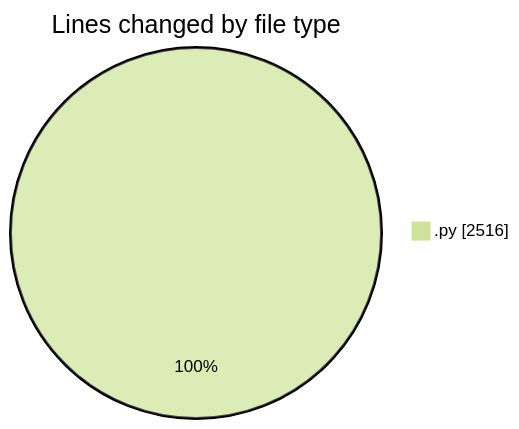
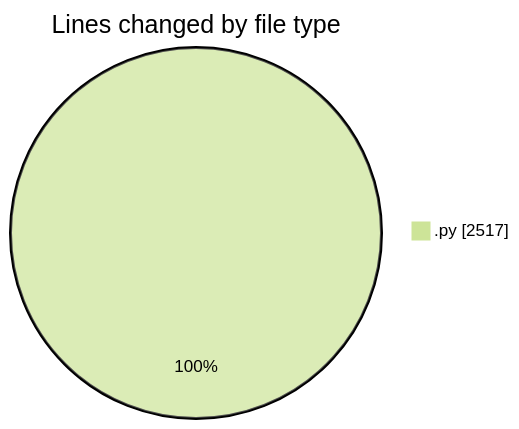
The first of 2 diagrams in 2026-01-11/dsa/README.md (Ritupan-Deka/code-tracking), drawn with Mermaid (forest theme) before and after one commit. The commit also changed other lines of this file and 1 other file, not shown here.

````diff
--- a/2026-01-11/dsa/README.md
+++ b/2026-01-11/dsa/README.md
@@ -21,5 +21,5 @@
 ```mermaid
 pie showData
 title Lines changed by file type
-".py" : 2516
+".py" : 2517
 ```
````
